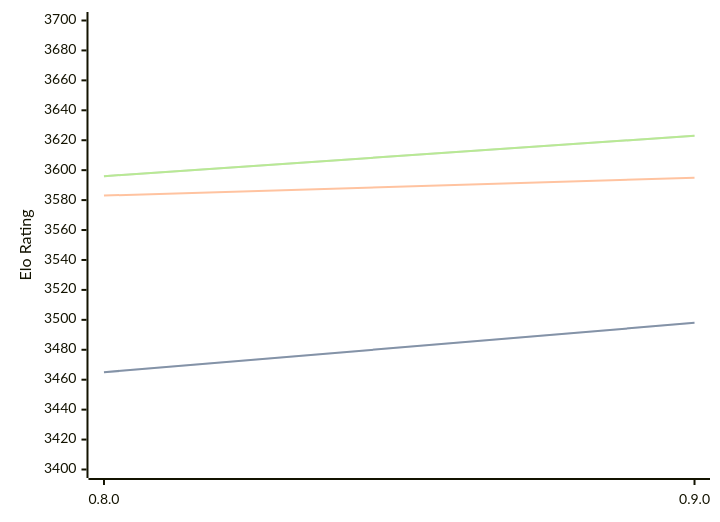
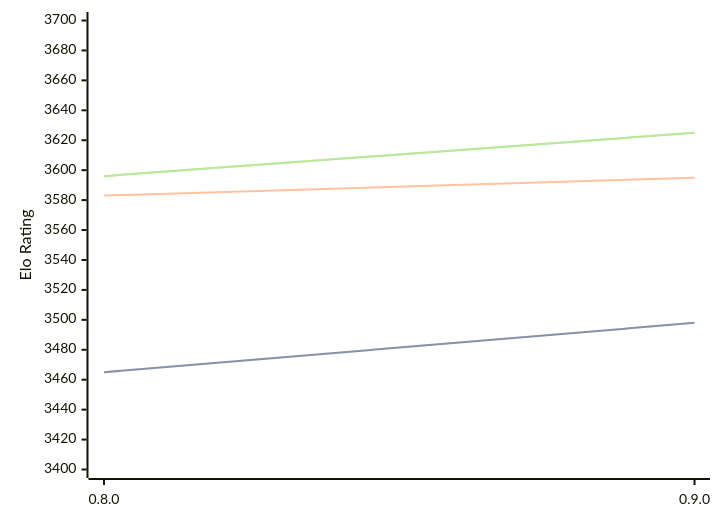
Before and after one commit to computer-chess-index/cci: the diagram in engines/Reckless.md, drawn with Mermaid. The commit also changed other lines of this file, not shown here.

Commit message:
Update CCI Ratings (ELO VLTC) - 2026-04-04

````diff
--- a/engines/Reckless.md
+++ b/engines/Reckless.md
@@ -39,11 +39,11 @@
 ```mermaid
 %%{init: {"theme":"base","themeVariables":{"seriesColors:['#a3a3a3','#222221','#faa371']}}}%%
 xychart-beta
   x-axis ["0.8.0", "0.9.0"]
   y-axis "Elo Rating" 3400 --> 3700
   line "STC (8.0+0.08s)" [3465, 3498]
   line "STC (8.0+0.08s)" [3465, 3498]
   line "LTC (60.0+0.60s)" [3583, 3595]
-  line "VLTC (2m24s+1.12s)" [3596, 3623]
-  line "VLTC (2m24s+1.12s)" [3596, 3623]
+  line "VLTC (2m24s+1.12s)" [3596, 3625]
+  line "VLTC (2m24s+1.12s)" [3596, 3625]
 ```
````
